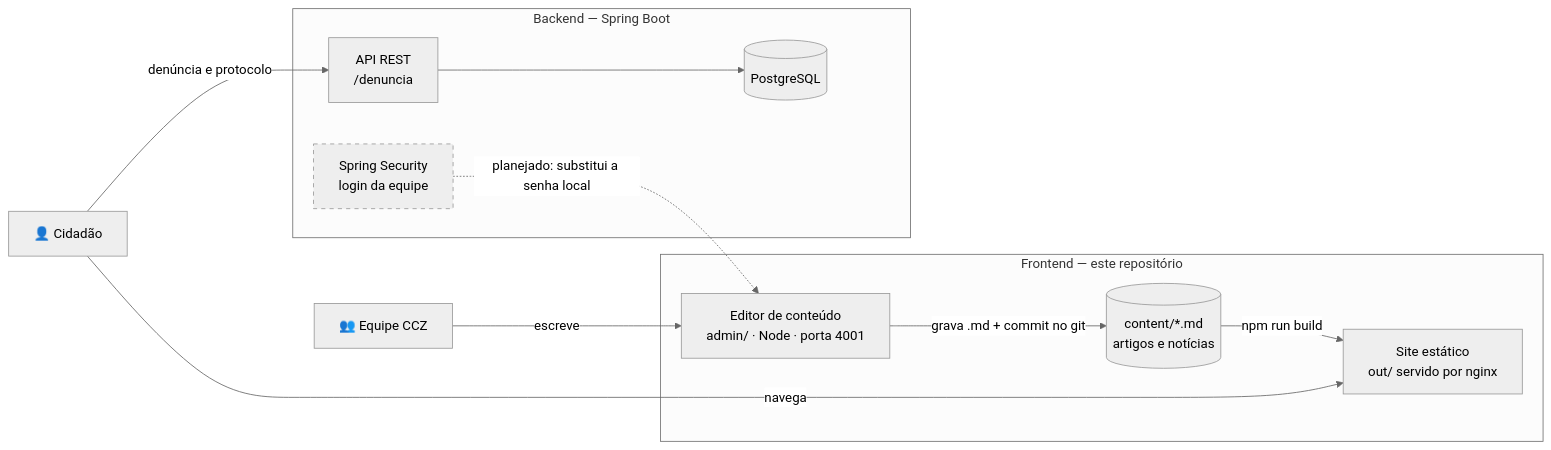
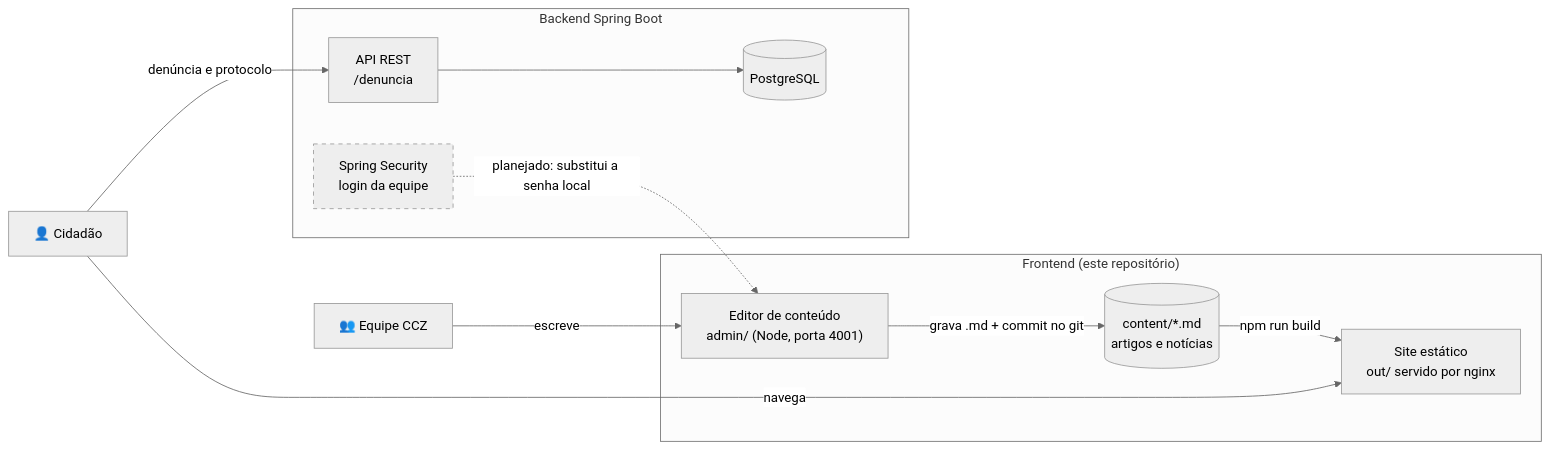
The diagram in README.md (syndiy/Site-CCZ-Mossoro), drawn with Mermaid (neutral theme) before and after one commit. The commit also changed other lines of this file and 1 other file, not shown here.

````diff
--- a/README.md
+++ b/README.md
@@ -11,27 +11,27 @@
 ```mermaid
 flowchart LR
     C["👤 Cidadão"]
     EQ["👥 Equipe CCZ"]
 
-    subgraph front["Frontend — este repositório"]
-        E["Editor de conteúdo<br/>admin/ · Node · porta 4001"]
+    subgraph front["Frontend (este repositório)"]
+        E["Editor de conteúdo<br/>admin/ (Node, porta 4001)"]
         MD[("content/*.md<br/>artigos e notícias")]
         S["Site estático<br/>out/ servido por nginx"]
     end
 
-    subgraph back["Backend — Spring Boot"]
+    subgraph back["Backend Spring Boot"]
         API["API REST<br/>/denuncia"]
         SEC["Spring Security<br/>login da equipe"]
         DB[("PostgreSQL")]
     end
 
     EQ -->|escreve| E
     E -->|"grava .md + commit no git"| MD
     MD -->|npm run build| S
     C -->|navega| S
     C -->|"denúncia e protocolo"| API
     API --> DB
     SEC -.->|"planejado: substitui a senha local"| E
 
     style SEC stroke-dasharray: 5 5
 ```
````
